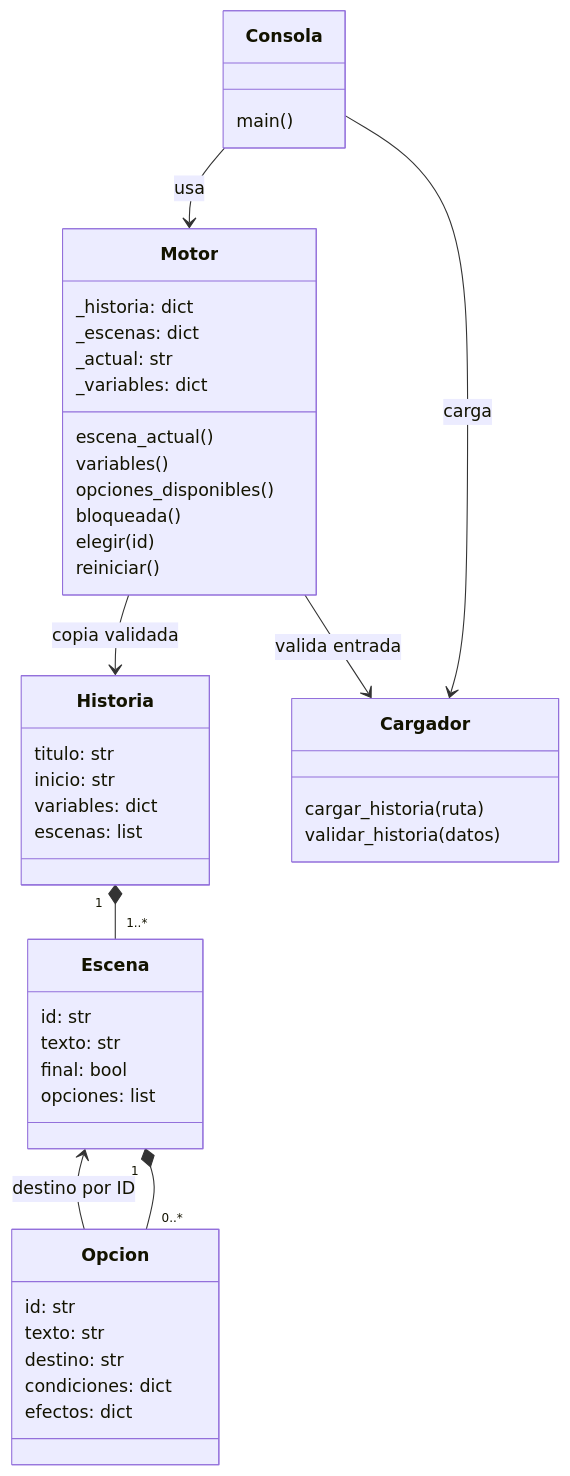
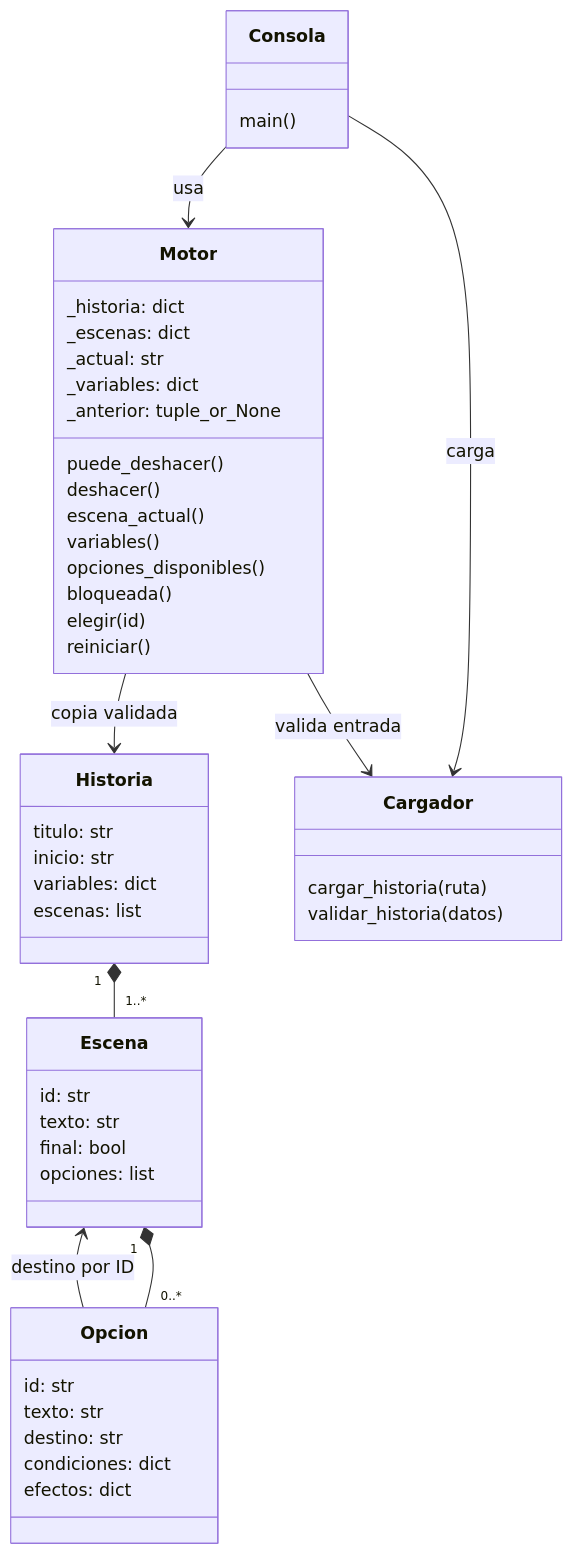
One commit to yisusfutureS/theyisus-La-ltima-transmisi-n changed the diagram in M03_clases.md. Above: the diagram before and after it, drawn with Mermaid. The commit also changed 43 other files, not shown here.

````diff
--- a/M03_clases.md
+++ b/M03_clases.md
@@ -5,48 +5,51 @@
 ```mermaid
 classDiagram
     class Historia {
       titulo: str
       inicio: str
       variables: dict
       escenas: list
     }
     class Escena {
       id: str
       texto: str
       final: bool
       opciones: list
     }
     class Opcion {
       id: str
       texto: str
       destino: str
       condiciones: dict
       efectos: dict
     }
     class Motor {
       _historia: dict
       _escenas: dict
       _actual: str
       _variables: dict
+      _anterior: tuple_or_None
+      puede_deshacer()
+      deshacer()
       escena_actual()
       variables()
       opciones_disponibles()
       bloqueada()
       elegir(id)
       reiniciar()
     }
     class Cargador {
       cargar_historia(ruta)
       validar_historia(datos)
     }
     class Consola {
       main()
     }
     Historia "1" *-- "1..*" Escena
     Escena "1" *-- "0..*" Opcion
     Opcion --> Escena : destino por ID
     Motor --> Historia : copia validada
     Consola --> Cargador : carga
     Consola --> Motor : usa
     Motor --> Cargador : valida entrada
 ```
````
